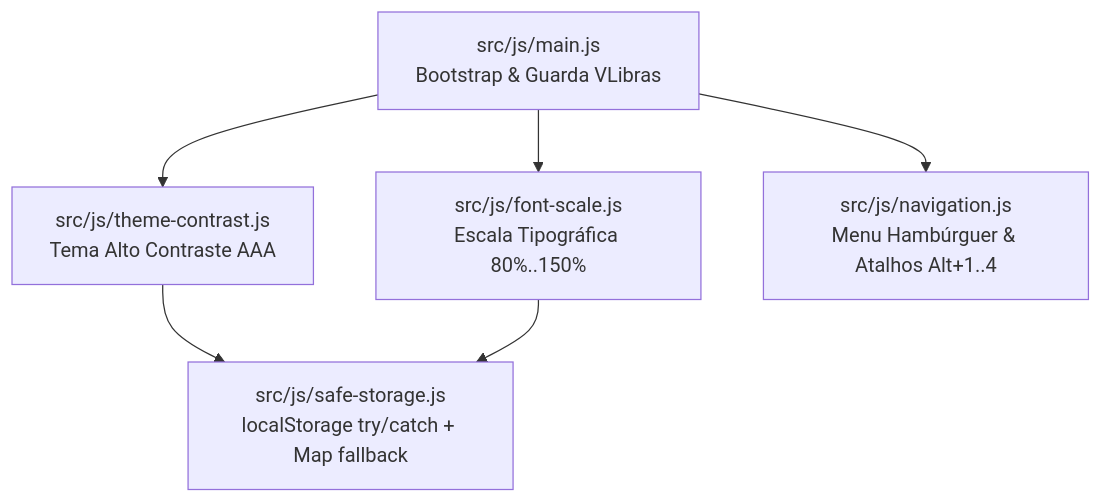
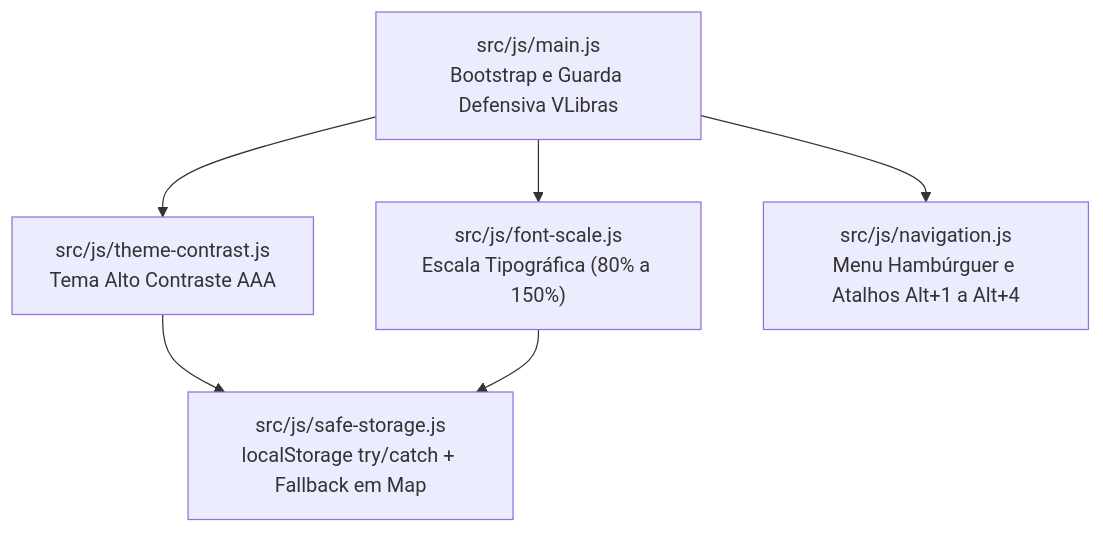
The second of 2 diagrams in README.md (julianachavespalm/yvonne-mascarenhas), drawn with Mermaid before and after one commit. The commit also changed other lines of this file and 5 other files, not shown here.

````diff
--- a/README.md
+++ b/README.md
@@ -84,7 +89,8 @@
 ```mermaid
 flowchart TB
-    MAIN["src/js/main.js<br/>Bootstrap & Guarda VLibras"] --> TC["src/js/theme-contrast.js<br/>Tema Alto Contraste AAA"]
-    MAIN --> FS["src/js/font-scale.js<br/>Escala Tipográfica 80%..150%"]
-    MAIN --> NAV["src/js/navigation.js<br/>Menu Hambúrguer & Atalhos Alt+1..4"]
-    TC & FS --> SS["src/js/safe-storage.js<br/>localStorage try/catch + Map fallback"]
+    MAIN["src/js/main.js<br/>Bootstrap e Guarda Defensiva VLibras"] --> TC["src/js/theme-contrast.js<br/>Tema Alto Contraste AAA"]
+    MAIN --> FS["src/js/font-scale.js<br/>Escala Tipográfica (80% a 150%)"]
+    MAIN --> NAV["src/js/navigation.js<br/>Menu Hambúrguer e Atalhos Alt+1 a Alt+4"]
+    TC --> SS["src/js/safe-storage.js<br/>localStorage try/catch + Fallback em Map"]
+    FS --> SS
 ```
````
